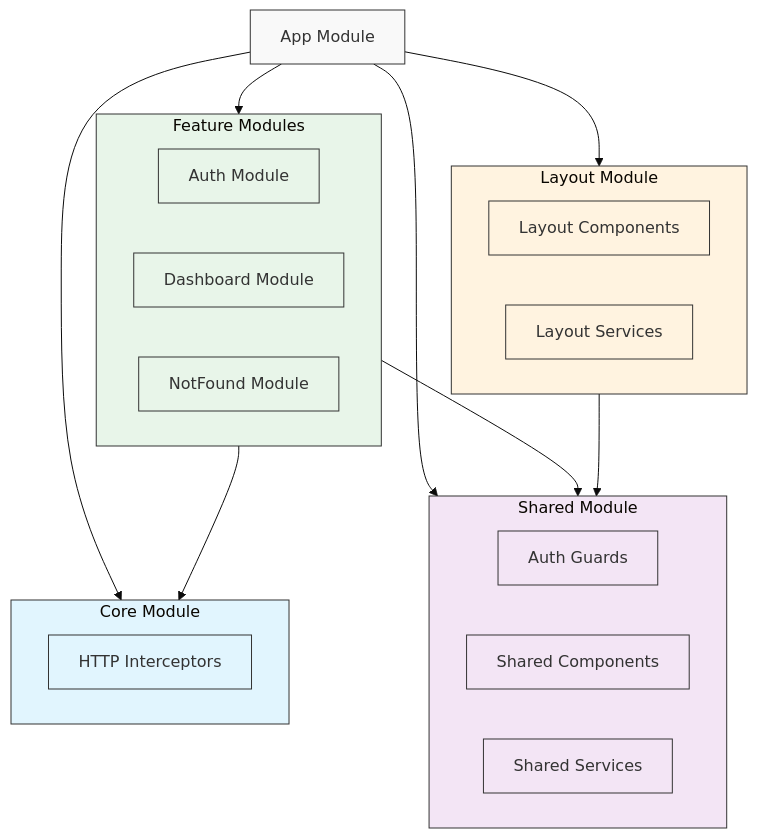
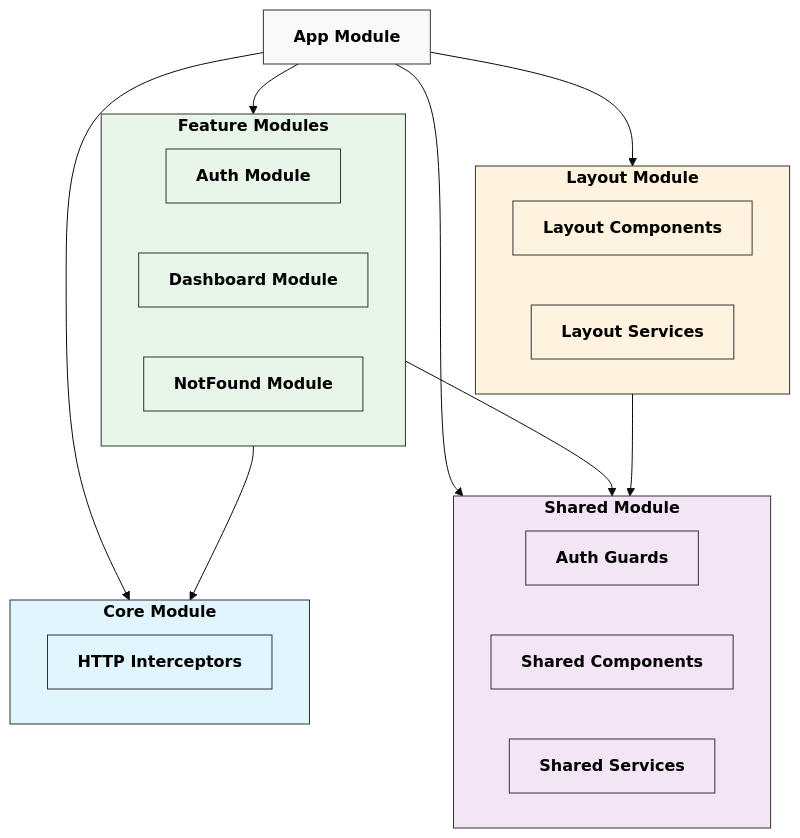
The diagram in ARQUITECTURA.md (johany03/prueba-angular-cq), drawn with Mermaid (base theme) before and after one commit.

Commit message:
Enhance architecture diagram styling for better readability

````diff
--- a/ARQUITECTURA.md
+++ b/ARQUITECTURA.md
@@ -51,49 +51,49 @@
 ```mermaid
 flowchart TD
     A[App Module] --> B[Core Module]
     A --> C[Feature Modules]
     A --> D[Layout Module]
     A --> E[Shared Module]
 
     %% Core Module
     subgraph B[Core Module]
         B1[HTTP Interceptors]
     end
 
     %% Feature Modules
     subgraph C[Feature Modules]
         C1[Auth Module]
         C2[Dashboard Module]
         C3[NotFound Module]
     end
 
     %% Layout Module
     subgraph D[Layout Module]
         D1[Layout Components]
         D2[Layout Services]
     end
 
     %% Shared Module
     subgraph E[Shared Module]
         E1[Auth Guards]
         E2[Shared Components]
         E3[Shared Services]
     end
 
     %% Additional Dependencies
     C --> E
     C --> B
     D --> E
 
-    classDef default fill:#f9f9f9,stroke:#333,stroke-width:1px
-    classDef core fill:#e1f5fe,stroke:#333,stroke-width:1px
-    classDef features fill:#e8f5e9,stroke:#333,stroke-width:1px
-    classDef layout fill:#fff3e0,stroke:#333,stroke-width:1px
-    classDef shared fill:#f3e5f5,stroke:#333,stroke-width:1px
+    classDef default fill:#f9f9f9,stroke:#333,stroke-width:1px,color:#000000,font-weight:bold
+    classDef core fill:#e1f5fe,stroke:#333,stroke-width:1px,color:#000000,font-weight:bold
+    classDef features fill:#e8f5e9,stroke:#333,stroke-width:1px,color:#000000,font-weight:bold
+    classDef layout fill:#fff3e0,stroke:#333,stroke-width:1px,color:#000000,font-weight:bold
+    classDef shared fill:#f3e5f5,stroke:#333,stroke-width:1px,color:#000000,font-weight:bold
 
     class A default
     class B,B1 core
     class C,C1,C2,C3 features
     class D,D1,D2 layout
     class E,E1,E2,E3 shared
 ```
````
